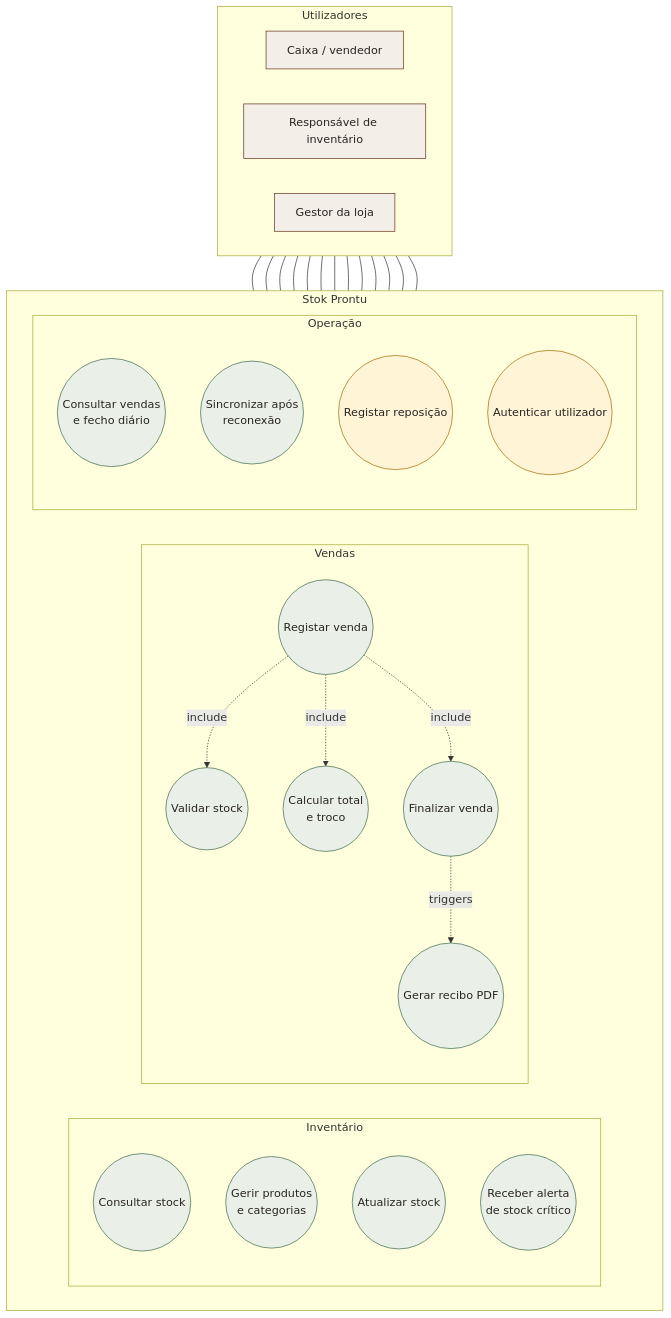
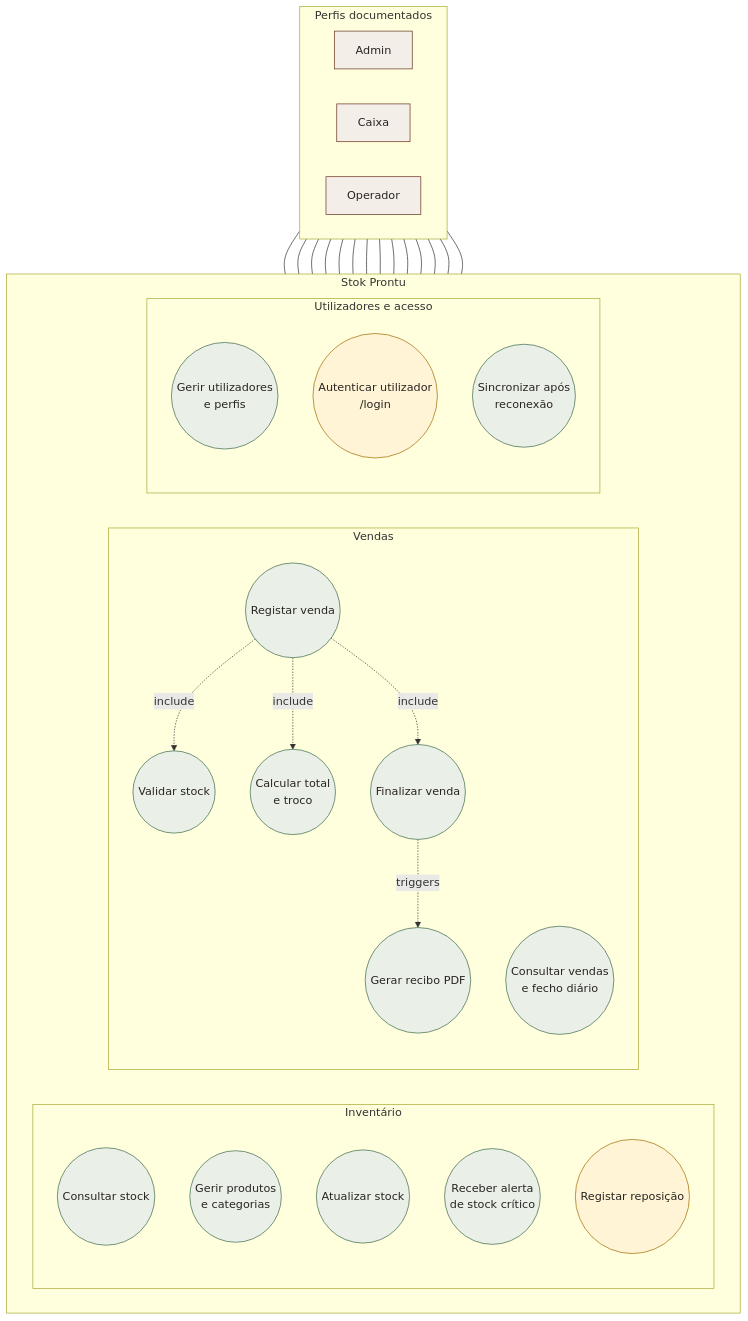
The diagram in M9_Demo_Day/docs/Stok_Prontu_Fontes_Diagramas/casos_de_uso.mmd (lablu3s/Portfolio), drawn with Mermaid before and after one commit. The commit also changed 6 other files, not shown here.

```diff
--- a/M9_Demo_Day/docs/Stok_Prontu_Fontes_Diagramas/casos_de_uso.mmd
+++ b/M9_Demo_Day/docs/Stok_Prontu_Fontes_Diagramas/casos_de_uso.mmd
@@ -1,58 +1,60 @@
 flowchart TB
-  subgraph ACT[Utilizadores]
+  subgraph ACT[Perfis documentados]
     direction LR
-    V[Caixa / vendedor]
-    I[Responsável de inventário]
-    G[Gestor da loja]
+    A[Admin]
+    C[Caixa]
+    O[Operador]
   end
 
   subgraph SYS[Stok Prontu]
     direction LR
     subgraph INV[Inventário]
       direction TB
       UC1((Consultar stock))
       UC2((Gerir produtos\ne categorias))
       UC3((Atualizar stock))
       UC4((Receber alerta\nde stock crítico))
+      UC12((Registar reposição))
     end
     subgraph SALE[Vendas]
       direction TB
       UC5((Registar venda))
       UC6((Validar stock))
       UC7((Calcular total\ne troco))
       UC8((Finalizar venda))
       UC9((Gerar recibo PDF))
+      UC10((Consultar vendas\ne fecho diário))
     end
-    subgraph MGMT[Operação]
+    subgraph ADMIN[Utilizadores e acesso]
       direction TB
-      UC10((Consultar vendas\ne fecho diário))
-      UC11((Sincronizar após\nreconexão))
-      UC12((Registar reposição))
-      UC13((Autenticar utilizador))
+      UC11((Gerir utilizadores\ne perfis))
+      UC13((Autenticar utilizador\n/login))
+      UC14((Sincronizar após\nreconexão))
     end
   end
 
-  V --- UC1
-  V --- UC5
-  V --- UC10
-  V --- UC11
-  I --- UC1
-  I --- UC2
-  I --- UC3
-  I --- UC4
-  I --- UC12
-  I --- UC11
-  G --- UC2
-  G --- UC10
-  G --- UC13
+  C --- UC1
+  C --- UC5
+  C --- UC10
+  C --- UC14
+  O --- UC1
+  O --- UC2
+  O --- UC3
+  O --- UC4
+  O --- UC12
+  O --- UC14
+  A --- UC2
+  A --- UC10
+  A --- UC11
+  A --- UC13
   UC5 -. include .-> UC6
   UC5 -. include .-> UC7
   UC5 -. include .-> UC8
   UC8 -. triggers .-> UC9
 
   classDef actor fill:#F4EEE9,stroke:#66331E,color:#282421;
   classDef implemented fill:#EAF0E8,stroke:#3D6B4A,color:#282421;
   classDef pending fill:#FFF4D6,stroke:#A36B00,color:#282421;
-  class V,I,G actor;
-  class UC1,UC2,UC3,UC4,UC5,UC6,UC7,UC8,UC9,UC10,UC11 implemented;
+  class A,C,O actor;
+  class UC1,UC2,UC3,UC4,UC5,UC6,UC7,UC8,UC9,UC10,UC11,UC14 implemented;
   class UC12,UC13 pending;
```
